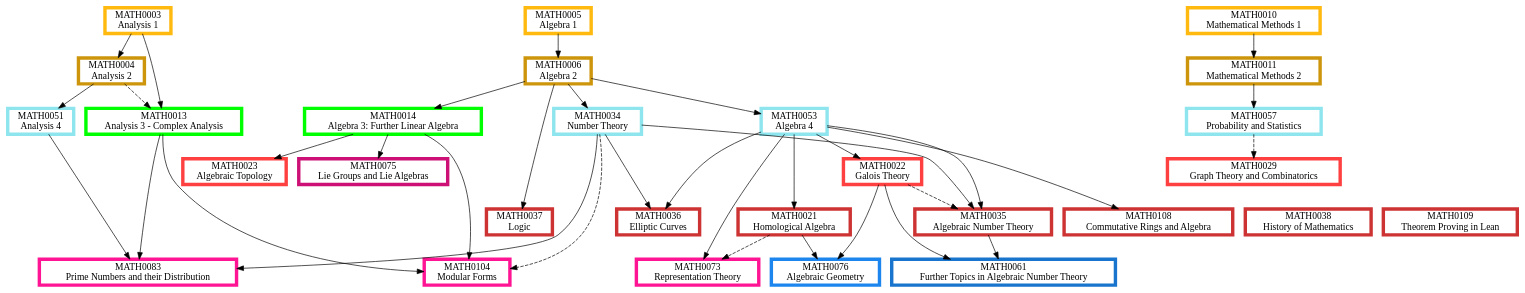
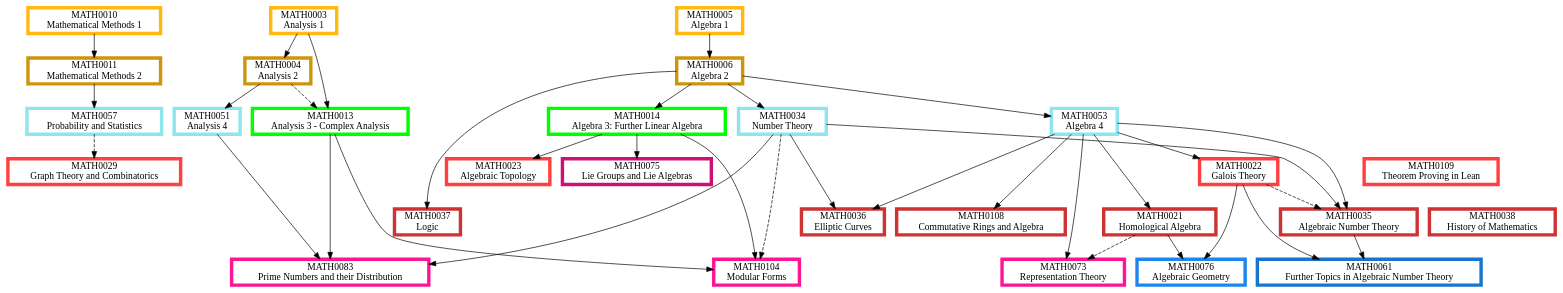
One commit to matthew-towers/pathways changed the diagram in Algebra.dot. Above: the diagram before and after it, drawn with Graphviz. The commit also changed 12 other files, not shown here.

```diff
--- a/Algebra.dot
+++ b/Algebra.dot
@@ -1,123 +1,123 @@
 digraph {
 	node [fillcolor=white penwidth=5 shape=box style="filled,bold"]
 	subgraph "1.0 1" {
 		rank=same
-		MATH0003 [label="MATH0003
-Analysis 1" color=darkgoldenrod1 href="https://www.ucl.ac.uk/maths/sites/maths/files/math0003.pdf" tooltip="Year 1, term 1"]
 		MATH0010 [label="MATH0010
 Mathematical Methods 1" color=darkgoldenrod1 href="https://www.ucl.ac.uk/maths/sites/maths/files/math0010.pdf" tooltip="Year 1, term 1"]
 		MATH0005 [label="MATH0005
 Algebra 1" color=darkgoldenrod1 href="https://www.ucl.ac.uk/maths/sites/maths/files/math0005.pdf" tooltip="Year 1, term 1"]
+		MATH0003 [label="MATH0003
+Analysis 1" color=darkgoldenrod1 href="https://www.ucl.ac.uk/maths/sites/maths/files/math0003.pdf" tooltip="Year 1, term 1"]
 	}
+	MATH0005 -> MATH0006
 	MATH0010 -> MATH0011
 	MATH0003 -> MATH0004
-	MATH0005 -> MATH0006
 	subgraph "1.0 2" {
 		rank=same
+		MATH0006 [label="MATH0006
+Algebra 2" color=darkgoldenrod3 href="https://www.ucl.ac.uk/maths/sites/maths/files/math0006.pdf" tooltip="Year 1, term 2"]
 		MATH0011 [label="MATH0011
 Mathematical Methods 2" color=darkgoldenrod3 href="https://www.ucl.ac.uk/maths/sites/maths/files/math0011_2.pdf" tooltip="Year 1, term 2"]
 		MATH0004 [label="MATH0004
 Analysis 2" color=darkgoldenrod3 href="https://www.ucl.ac.uk/maths/sites/maths/files/math0004.pdf" tooltip="Year 1, term 2"]
-		MATH0006 [label="MATH0006
-Algebra 2" color=darkgoldenrod3 href="https://www.ucl.ac.uk/maths/sites/maths/files/math0006.pdf" tooltip="Year 1, term 2"]
 	}
 	MATH0006 -> MATH0014
 	MATH0003 -> MATH0013
 	MATH0004 -> MATH0013 [style=dashed]
 	subgraph "2.0 1" {
 		rank=same
 		MATH0014 [label="MATH0014
 Algebra 3: Further Linear Algebra" color=green1 href="https://www.ucl.ac.uk/maths/sites/maths/files/math0014.pdf" tooltip="Year 2, term 1"]
 		MATH0013 [label="MATH0013
 Analysis 3 - Complex Analysis" color=green1 href="https://www.ucl.ac.uk/maths/sites/maths/files/math0013.pdf" tooltip="Year 2, term 1"]
 	}
+	MATH0006 -> MATH0053
+	MATH0004 -> MATH0051
+	MATH0011 -> MATH0057
 	MATH0006 -> MATH0034
-	MATH0004 -> MATH0051
-	MATH0006 -> MATH0053
-	MATH0011 -> MATH0057
 	subgraph "2.5 2" {
 		rank=same
+		MATH0053 [label="MATH0053
+Algebra 4" color=cadetblue2 href="https://www.ucl.ac.uk/maths/sites/maths/files/math0053.pdf" tooltip="Year 2 or 3, term 2"]
+		MATH0051 [label="MATH0051
+Analysis 4" color=cadetblue2 href="https://www.ucl.ac.uk/maths/sites/maths/files/math0051.pdf" tooltip="Year 2 or 3, term 2"]
+		MATH0057 [label="MATH0057
+Probability and Statistics" color=cadetblue2 href="https://www.ucl.ac.uk/maths/sites/maths/files/math0057.pdf" tooltip="Year 2 or 3, term 2"]
 		MATH0034 [label="MATH0034
 Number Theory" color=cadetblue2 href="https://www.ucl.ac.uk/maths/sites/maths/files/math0034.pdf" tooltip="Year 2 or 3, term 2"]
-		MATH0051 [label="MATH0051
-Analysis 4" color=cadetblue2 href="https://www.ucl.ac.uk/maths/sites/maths/files/math0051.pdf" tooltip="Year 2 or 3, term 2"]
-		MATH0053 [label="MATH0053
-Algebra 4" color=cadetblue2 href="https://www.ucl.ac.uk/maths/sites/maths/files/math0053.pdf" tooltip="Year 2 or 3, term 2"]
-		MATH0057 [label="MATH0057
-Probability and Statistics" color=cadetblue2 href="https://www.ucl.ac.uk/maths/sites/maths/files/math0057.pdf" tooltip="Year 2 or 3, term 2"]
 	}
+	MATH0014 -> MATH0023
 	MATH0057 -> MATH0029 [style=dashed]
-	MATH0014 -> MATH0023
 	MATH0053 -> MATH0022
-	subgraph "3.0 1" {
+	subgraph "3 1" {
 		rank=same
+		MATH0109 [label="MATH0109
+Theorem Proving in Lean" color=brown1 href="https://www.ucl.ac.uk/maths/sites/maths/files/math0109.pdf" tooltip="Year 3, term 1"]
+		MATH0023 [label="MATH0023
+Algebraic Topology" color=brown1 href="https://www.ucl.ac.uk/maths/sites/maths/files/math0023_1.pdf" tooltip="Year 3, term 1"]
 		MATH0029 [label="MATH0029
 Graph Theory and Combinatorics" color=brown1 href="https://www.ucl.ac.uk/maths/sites/maths/files/math0029.pdf" tooltip="Year 3, term 1"]
-		MATH0023 [label="MATH0023
-Algebraic Topology" color=brown1 href="https://www.ucl.ac.uk/maths/sites/maths/files/math0023_1.pdf" tooltip="Year 3, term 1"]
 		MATH0022 [label="MATH0022
 Galois Theory" color=brown1 href="https://www.ucl.ac.uk/maths/sites/maths/files/math0022.pdf" tooltip="Year 3, term 1"]
 	}
-	MATH0053 -> MATH0021
+	MATH0006 -> MATH0037
+	MATH0034 -> MATH0036
+	MATH0053 -> MATH0036
 	MATH0053 -> MATH0108
-	MATH0006 -> MATH0037
 	MATH0034 -> MATH0035
 	MATH0053 -> MATH0035
 	MATH0022 -> MATH0035 [style=dashed]
-	MATH0034 -> MATH0036
-	MATH0053 -> MATH0036
+	MATH0053 -> MATH0021
 	subgraph "3.0 2" {
 		rank=same
+		MATH0037 [label="MATH0037
+Logic" color=brown3 href="https://www.ucl.ac.uk/maths/sites/maths/files/math0037.pdf" tooltip="Year 3, term 2"]
+		MATH0038 [label="MATH0038
+History of Mathematics" color=brown3 href="https://www.ucl.ac.uk/maths/sites/maths/files/math0038.pdf" tooltip="Year 3, term 2"]
+		MATH0036 [label="MATH0036
+Elliptic Curves" color=brown3 href="https://www.ucl.ac.uk/maths/sites/maths/files/math0036.pdf" tooltip="Year 3, term 2"]
+		MATH0108 [label="MATH0108
+Commutative Rings and Algebra" color=brown3 href="https://www.ucl.ac.uk/maths/sites/maths/files/0108_0.pdf" tooltip="Year 3, term 2"]
+		MATH0035 [label="MATH0035
+Algebraic Number Theory" color=brown3 href="https://www.ucl.ac.uk/maths/sites/maths/files/math0035.pdf" tooltip="Year 3, term 2"]
 		MATH0021 [label="MATH0021
 Homological Algebra" color=brown3 href="https://www.ucl.ac.uk/maths/sites/maths/files/math0021.pdf" tooltip="Year 3, term 2"]
-		MATH0038 [label="MATH0038
-History of Mathematics" color=brown3 href="https://www.ucl.ac.uk/maths/sites/maths/files/math0038.pdf" tooltip="Year 3, term 2"]
-		MATH0108 [label="MATH0108
-Commutative Rings and Algebra" color=brown3 href="https://www.ucl.ac.uk/maths/sites/maths/files/0108_0.pdf" tooltip="Year 3, term 2"]
-		MATH0037 [label="MATH0037
-Logic" color=brown3 href="https://www.ucl.ac.uk/maths/sites/maths/files/math0037.pdf" tooltip="Year 3, term 2"]
-		MATH0035 [label="MATH0035
-Algebraic Number Theory" color=brown3 href="https://www.ucl.ac.uk/maths/sites/maths/files/math0035.pdf" tooltip="Year 3, term 2"]
-		MATH0109 [label="MATH0109
-Theorem Proving in Lean" color=brown3 href="https://www.ucl.ac.uk/maths/sites/maths/files/math0019_2.pdf" tooltip="Year 3, term 2"]
-		MATH0036 [label="MATH0036
-Elliptic Curves" color=brown3 href="https://www.ucl.ac.uk/maths/sites/maths/files/math0036.pdf" tooltip="Year 3, term 2"]
 	}
+	MATH0053 -> MATH0073
+	MATH0021 -> MATH0073 [style=dashed]
+	MATH0013 -> MATH0104
+	MATH0014 -> MATH0104
+	MATH0034 -> MATH0104 [style=dashed]
 	MATH0013 -> MATH0083
 	MATH0051 -> MATH0083
 	MATH0034 -> MATH0083
-	MATH0013 -> MATH0104
-	MATH0014 -> MATH0104
-	MATH0034 -> MATH0104 [style=dashed]
-	MATH0053 -> MATH0073
-	MATH0021 -> MATH0073 [style=dashed]
 	subgraph "3.5 1" {
 		rank=same
+		MATH0073 [label="MATH0073
+Representation Theory" color=deeppink1 href="https://www.ucl.ac.uk/maths/sites/maths/files/math0073.pdf" tooltip="Year 3 or 4, term 1"]
+		MATH0104 [label="MATH0104
+Modular Forms" color=deeppink1 href="https://www.ucl.ac.uk/maths/sites/maths/files/math0104_2.pdf" tooltip="Year 3 or 4, term 1"]
 		MATH0083 [label="MATH0083
 Prime Numbers and their Distribution" color=deeppink1 href="https://www.ucl.ac.uk/maths/sites/maths/files/math0083.pdf" tooltip="Year 3 or 4, term 1"]
-		MATH0104 [label="MATH0104
-Modular Forms" color=deeppink1 href="https://www.ucl.ac.uk/maths/sites/maths/files/math0104_2.pdf" tooltip="Year 3 or 4, term 1"]
-		MATH0073 [label="MATH0073
-Representation Theory" color=deeppink1 href="https://www.ucl.ac.uk/maths/sites/maths/files/math0073.pdf" tooltip="Year 3 or 4, term 1"]
 	}
 	MATH0014 -> MATH0075
 	subgraph "3.5 2" {
 		rank=same
 		MATH0075 [label="MATH0075
 Lie Groups and Lie Algebras" color=deeppink3 href="https://www.ucl.ac.uk/maths/sites/maths/files/math0075_3.pdf" tooltip="Year 3 or 4, term 2"]
 	}
 	MATH0021 -> MATH0076
 	MATH0022 -> MATH0076
 	subgraph "4.0 1" {
 		rank=same
 		MATH0076 [label="MATH0076
 Algebraic Geometry" color=dodgerblue2 href="https://www.ucl.ac.uk/maths/sites/maths/files/math0076_3.pdf" tooltip="Year 4, term 1"]
 	}
 	MATH0035 -> MATH0061
 	MATH0022 -> MATH0061
 	subgraph "4 2" {
 		rank=same
 		MATH0061 [label="MATH0061
 Further Topics in Algebraic Number Theory" color=dodgerblue3 href="https://www.ucl.ac.uk/maths/sites/maths/files/math0061_0.pdf" tooltip="Year 4, term 2"]
 	}
 }
```
